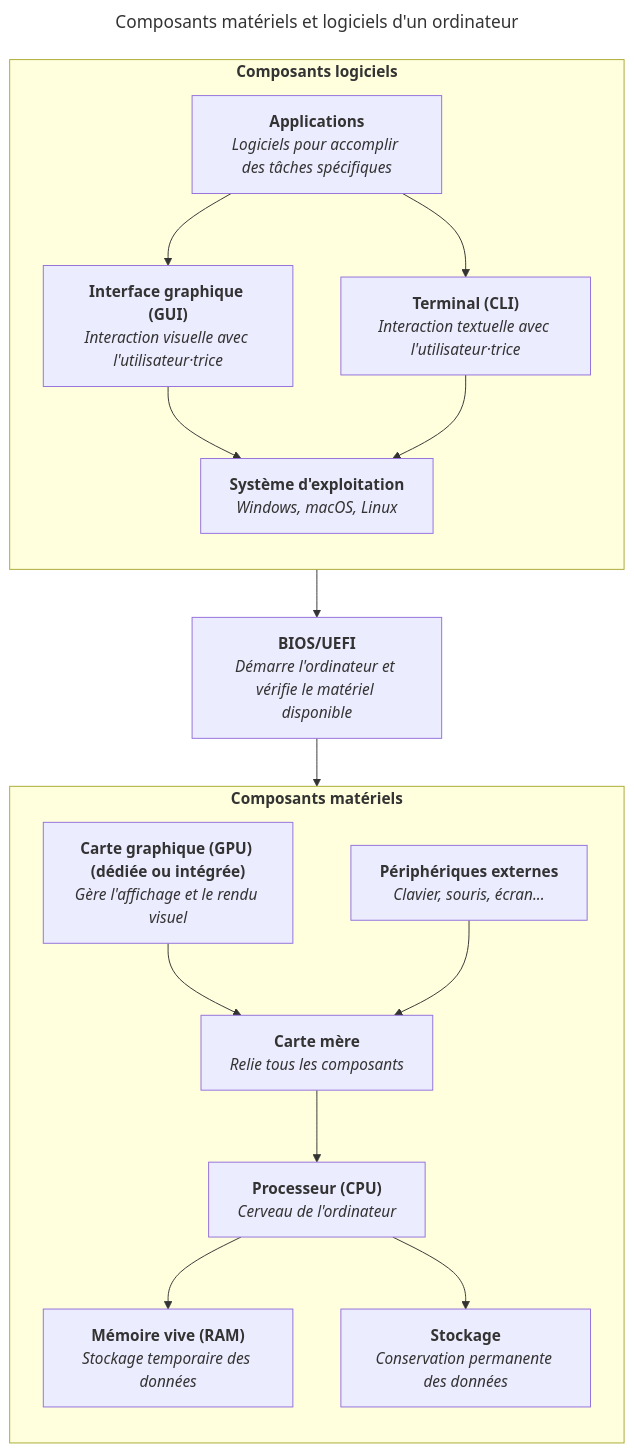
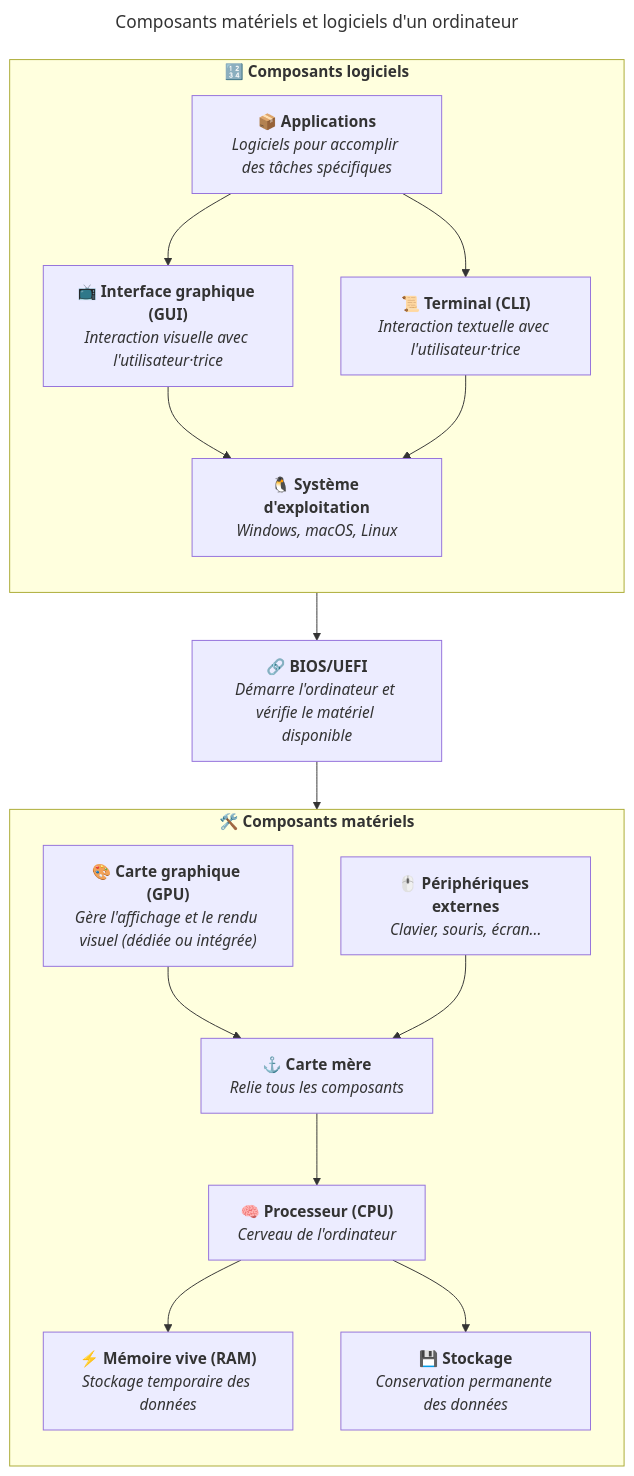
Before and after one commit to heig-vd-upinfo-course/heig-vd-upinfo-course: the diagram in src/content/docs/03-composants-materiels-et-logiciels-dun-ordinateur/01-introduction-et-ressources.mdx, drawn with Mermaid. The commit also changed 26 other files, not shown here.

````diff
--- a/src/content/docs/03-composants-materiels-et-logiciels-dun-ordinateur/01-introduction-et-ressources.mdx
+++ b/src/content/docs/03-composants-materiels-et-logiciels-dun-ordinateur/01-introduction-et-ressources.mdx
@@ -30,71 +30,71 @@
 ```mermaid
 ---
 title: Composants matériels et logiciels d'un ordinateur
 ---
 flowchart
   CPU["`
-    **Processeur (CPU)**
+    **🧠 Processeur (CPU)**
     _Cerveau de l'ordinateur_
   `"]
   RAM["`
-    **Mémoire vive (RAM)**
+    **⚡ Mémoire vive (RAM)**
     _Stockage temporaire des données_
   `"]
   Storage["`
-    **Stockage**
+    **💾 Stockage**
     _Conservation permanente des données_
   `"]
   Motherboard["`
-    **Carte mère**
+    **⚓ Carte mère**
     _Relie tous les composants_
   `"]
   GPU["`
-    **Carte graphique (GPU) (dédiée ou intégrée)**
-    _Gère l'affichage et le rendu visuel_
+    **🎨 Carte graphique (GPU)**
+    _Gère l'affichage et le rendu visuel (dédiée ou intégrée)_
   `"]
   Peripherals["`
-    **Périphériques externes**
+    **🖱️ Périphériques externes**
     _Clavier, souris, écran..._
   `"]
   BIOS_UEFI["`
-    **BIOS/UEFI**
+    **🔗 BIOS/UEFI**
     _Démarre l'ordinateur et vérifie le matériel disponible_
   `"]
   OS["`
-    **Système d'exploitation**
+    **🐧 Système d'exploitation**
     _Windows, macOS, Linux_
   `"]
   GUI["`
-    **Interface graphique (GUI)**
+    **📺 Interface graphique (GUI)**
     _Interaction visuelle avec l'utilisateur·trice_
   `"]
   CLI["`
-    **Terminal (CLI)**
+    **📜 Terminal (CLI)**
     _Interaction textuelle avec l'utilisateur·trice_
   `"]
   Applications["`
-    **Applications**
+    **📦 Applications**
     _Logiciels pour accomplir des tâches spécifiques_
   `"]
 
-  subgraph Software["`**Composants logiciels**`"]
+  subgraph Software["`**🔢 Composants logiciels**`"]
     direction TB
 
     GUI --> OS
     CLI --> OS
     Applications --> GUI
     Applications --> CLI
   end
 
-  subgraph Hardware["`**Composants matériels**`"]
+  subgraph Hardware["`**🛠️ Composants matériels**`"]
     direction TB
 
     CPU --> RAM
     CPU --> Storage
     Motherboard --> CPU
     GPU --> Motherboard
     Peripherals --> Motherboard
   end
 
   Software --> BIOS_UEFI --> Hardware
 ```
````
